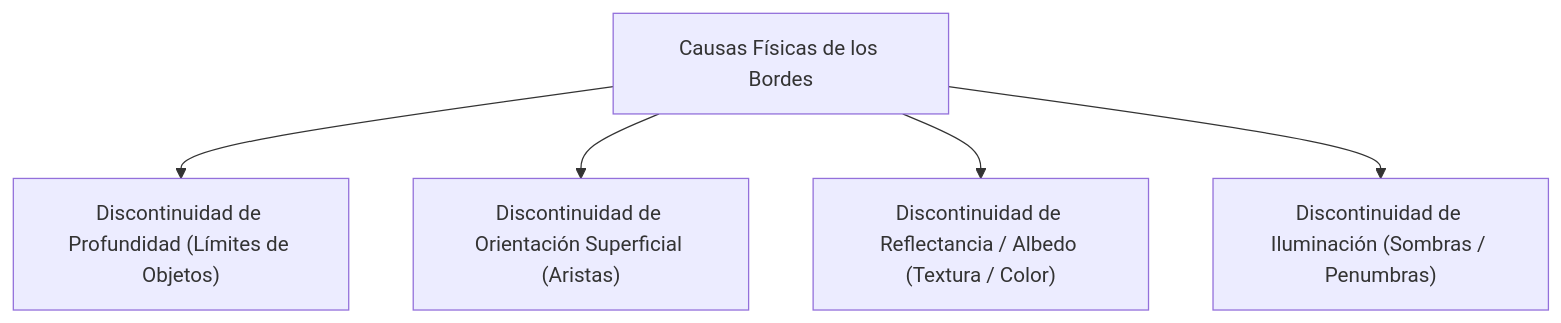
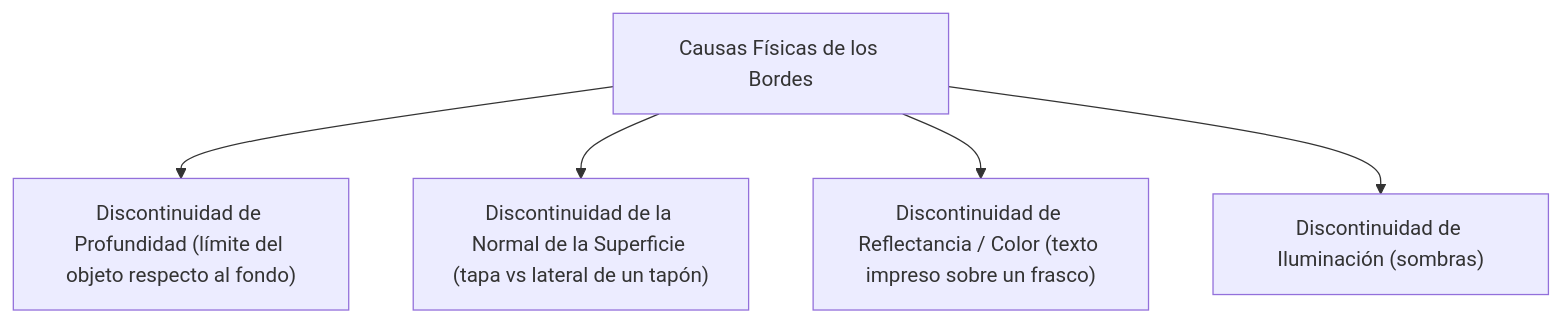
Before and after one commit to DanielChicoUGR/VC_APUNTES: the second of 5 diagrams in Tema 2/2. Gaussianas y Bordes.md, drawn with Mermaid. The commit also changed other lines of this file and 10 other files, not shown here.

````diff
--- a/Tema 2/2. Gaussianas y Bordes.md
+++ b/Tema 2/2. Gaussianas y Bordes.md
@@ -128,7 +176,7 @@
 ```mermaid
 graph TD
-    A[Causas Físicas de los Bordes] --> B["Discontinuidad de Profundidad (Límites de Objetos)"]
-    A --> C["Discontinuidad de Orientación Superficial (Aristas)"]
-    A --> D["Discontinuidad de Reflectancia / Albedo (Textura / Color)"]
-    A --> E["Discontinuidad de Iluminación (Sombras / Penumbras)"]
+    A[Causas Físicas de los Bordes] --> B["Discontinuidad de Profundidad (límite del objeto respecto al fondo)"]
+    A --> C["Discontinuidad de la Normal de la Superficie (tapa vs lateral de un tapón)"]
+    A --> D["Discontinuidad de Reflectancia / Color (texto impreso sobre un frasco)"]
+    A --> E["Discontinuidad de Iluminación (sombras)"]
 ```
````
